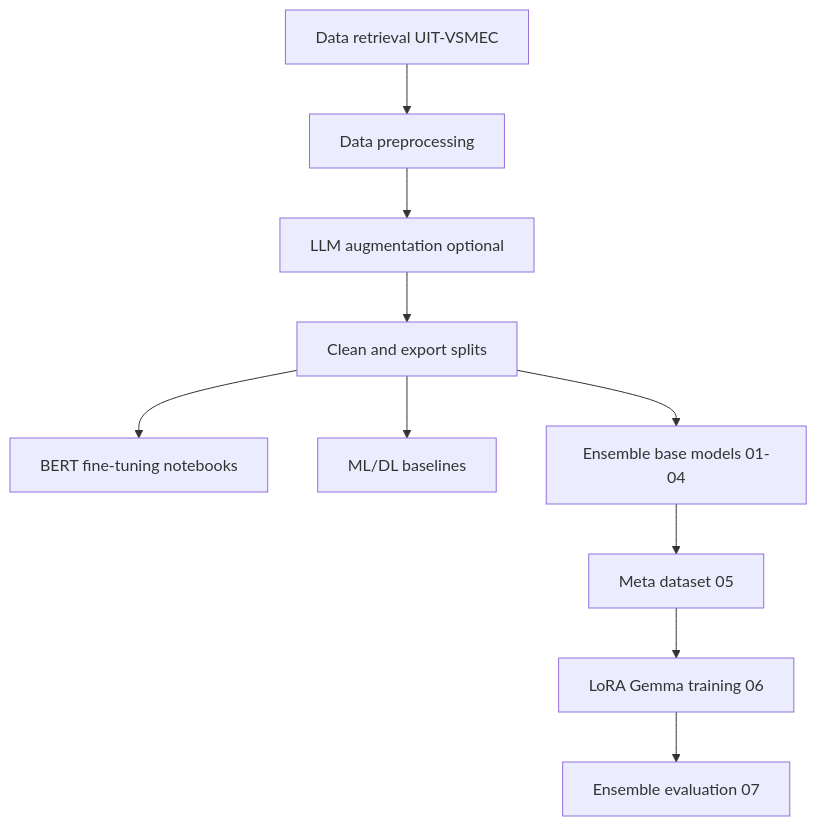
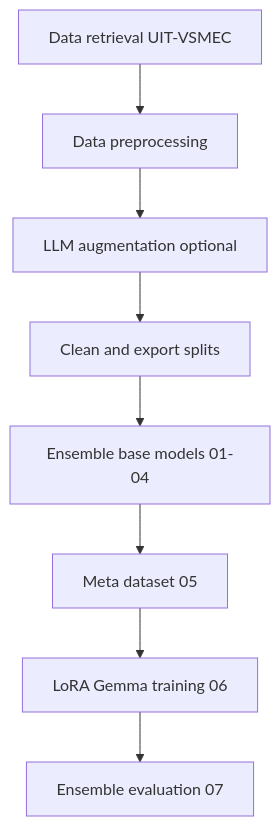
Before and after one commit to giahuy1310/topicmodeling: the diagram in README.md, drawn with Mermaid. The commit also changed other lines of this file and 42 other files, not shown here.

````diff
--- a/README.md
+++ b/README.md
@@ -63,12 +80,10 @@
 ```mermaid
 flowchart TD
   retrieve[Data retrieval UIT-VSMEC] --> preprocess[Data preprocessing]
   preprocess --> augment[LLM augmentation optional]
   augment --> clean[Clean and export splits]
-  clean --> bert[BERT fine-tuning notebooks]
-  clean --> ml[ML/DL baselines]
   clean --> ensembleBase[Ensemble base models 01-04]
   ensembleBase --> metaData[Meta dataset 05]
   metaData --> lora[LoRA Gemma training 06]
   lora --> eval[Ensemble evaluation 07]
 ```
````
